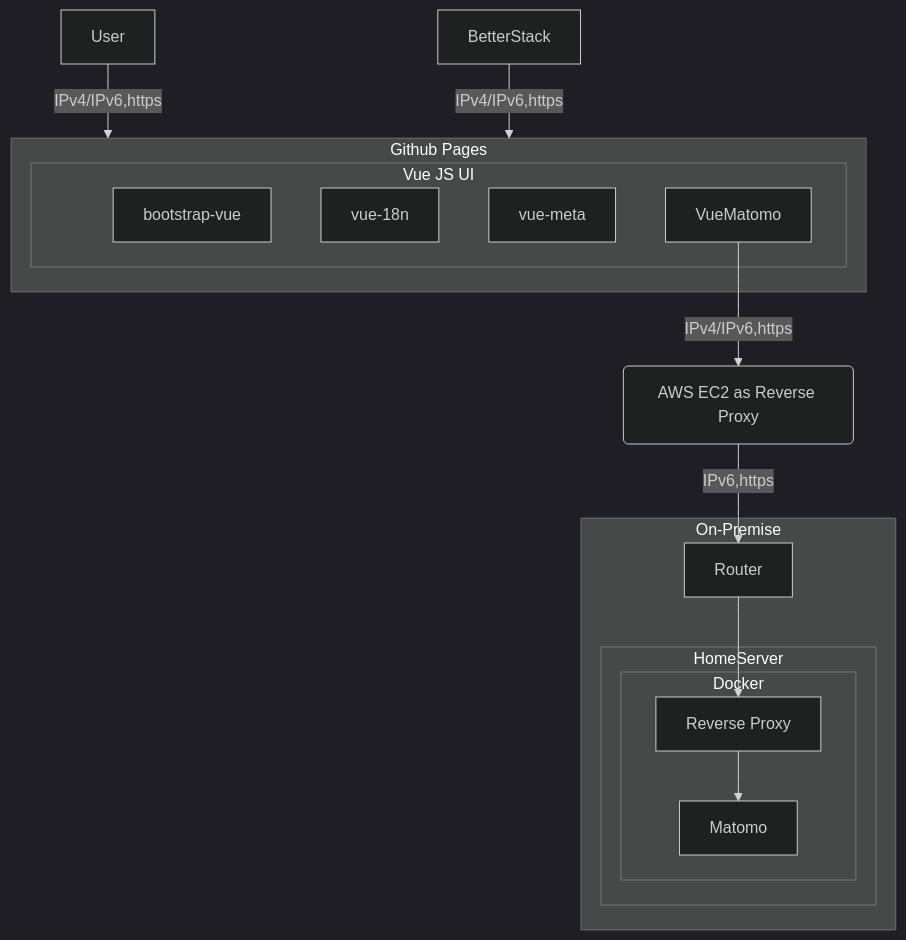
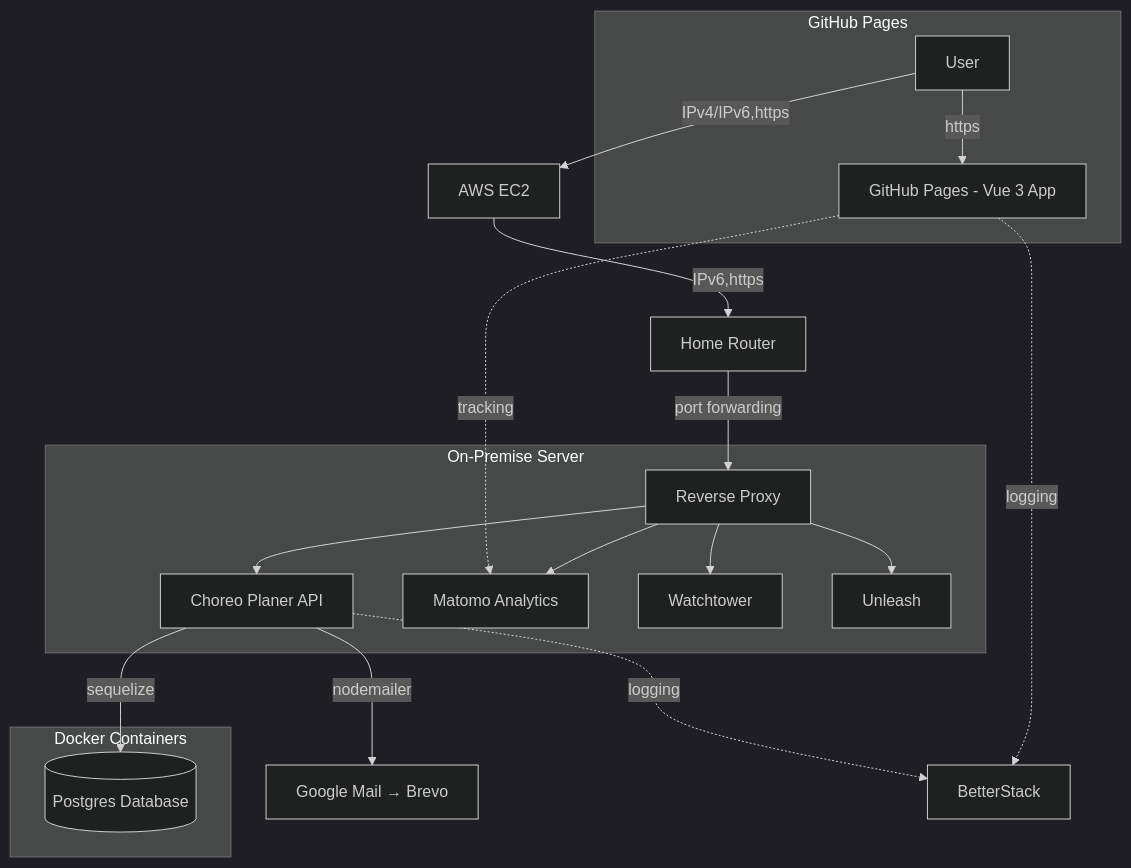
One commit to andreasnicklaus/cheer-choreo-tool changed the diagram in app/README.md. Above: the diagram before and after it, drawn with Mermaid (dark theme). The commit also changed other lines of this file and 628 other files, not shown here.

````diff
--- a/app/README.md
+++ b/app/README.md
@@ -65,30 +96,26 @@
-<pre class="mermaid">
-graph
-  User --IPv4/IPv6,https--> github
+```mermaid
+graph TD
+  User[User] -->|IPv4/IPv6,https| AWS[AWS EC2]
+  AWS -->|IPv6,https| Router[Home Router]
+  Router -->|port forwarding| ReverseProxy[Reverse Proxy]
 
-  subgraph github[Github Pages]
-    subgraph vue[Vue JS UI]
-      bootstrap-vue
-      vue-18n
-      vue-meta
-      VueMatomo
-    end
+  subgraph On-Premise Server
+    ReverseProxy --> API[Choreo Planer API]
+    ReverseProxy --> Matomo[Matomo Analytics]
+    ReverseProxy --> Watchtower
+    ReverseProxy --> Unleash
   end
 
-  VueMatomo --IPv4/IPv6,https--> aws(AWS EC2 as Reverse Proxy)
-  aws --IPv6,https--> Router
-
-
-  BetterStack --IPv4/IPv6,https--> github
-
-
-  subgraph On-Premise
-    Router --> ReverseProxy
-    subgraph HomeServer
-      subgraph Docker
-        ReverseProxy[Reverse Proxy] --> Matomo
-      end
-    end
+  subgraph GitHub Pages
+    User -->|https| Pages[GitHub Pages - Vue 3 App]
   end
 
-</pre>
+  Pages -.->|tracking| Matomo
+  API -->|nodemailer| Email[Google Mail → Brevo]
+  Pages -.->|logging| BetterStack[BetterStack]
+  API -.->|logging| BetterStack
+
+  subgraph Docker Containers
+    API -->|sequelize| DB[(Postgres Database)]
+  end
+```
````
